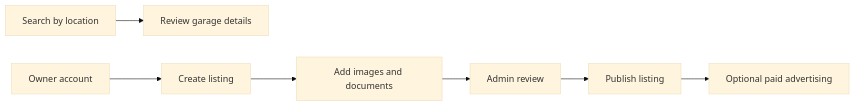
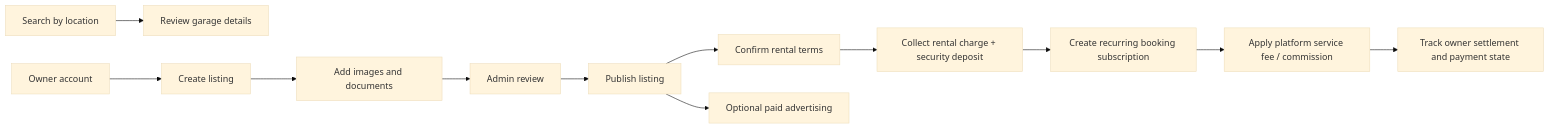
One commit to kajolmehra/autolane-garage-marketplace changed the diagram in README.md. Above: the diagram before and after it, drawn with Mermaid (base theme). The commit also changed other lines of this file and 4 other files, not shown here.

````diff
--- a/README.md
+++ b/README.md
@@ -40,9 +44,14 @@
 ```mermaid
 flowchart LR
     Search[Search by location] --> Details[Review garage details]
     Owner[Owner account] --> Create[Create listing]
     Create --> Upload[Add images and documents]
     Upload --> Review[Admin review]
     Review --> Publish[Publish listing]
+    Publish --> Booking[Confirm rental terms]
+    Booking --> Charge[Collect rental charge + security deposit]
+    Charge --> Subscription[Create recurring booking subscription]
+    Subscription --> Fee[Apply platform service fee / commission]
+    Fee --> Settlement[Track owner settlement and payment state]
     Publish --> Promote[Optional paid advertising]
 ```
````
